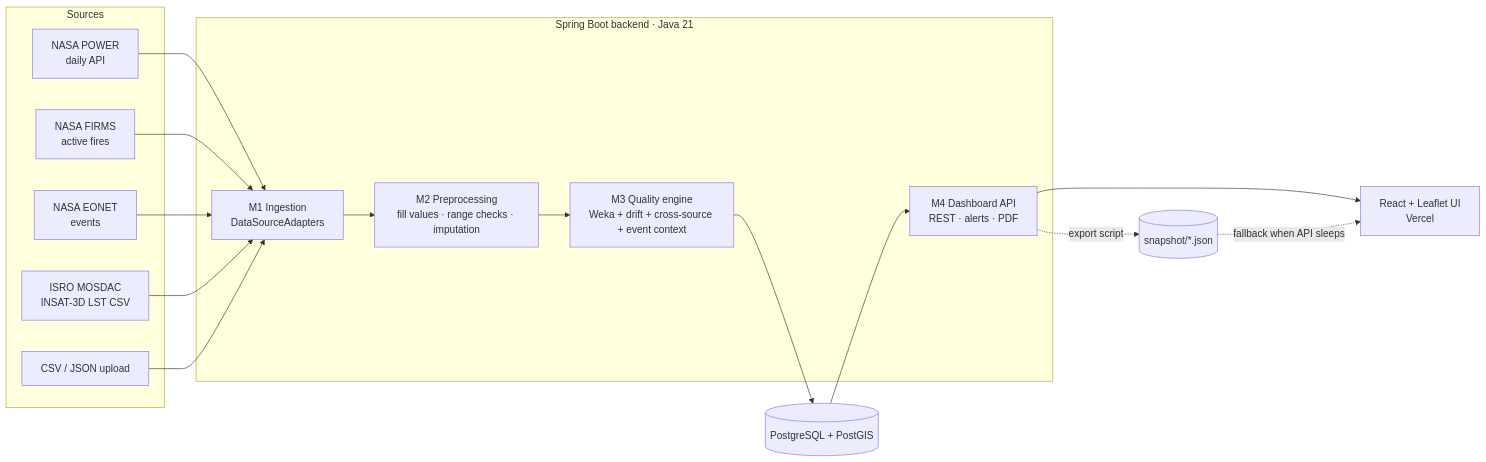
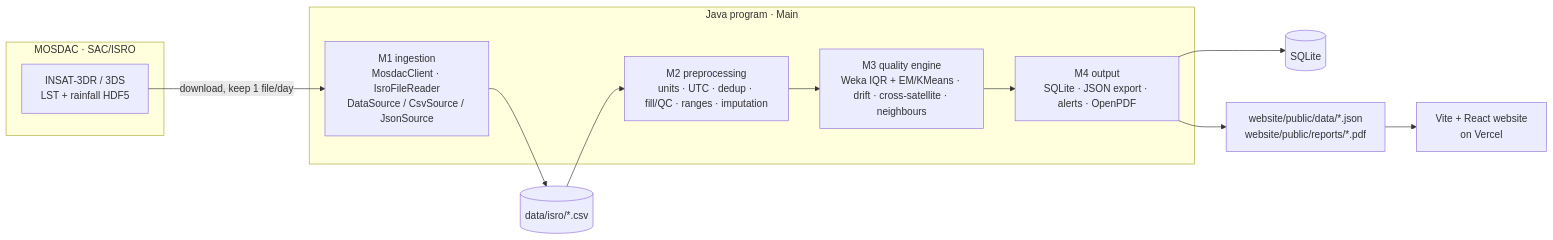
Before and after one commit to Rajiv-6969/trustorbit: the diagram in docs/architecture.md, drawn with Mermaid. The commit also changed other lines of this file and 147 other files, not shown here.

First line of the commit message:
refactor!: switch to v2 plan – plain Java (Maven wrapper) + static website, ISRO-only data

````diff
--- a/docs/architecture.md
+++ b/docs/architecture.md
@@ -3,23 +6,20 @@
 ```mermaid
 flowchart LR
-  subgraph Sources
-    P[NASA POWER<br/>daily API]
-    F[NASA FIRMS<br/>active fires]
-    E[NASA EONET<br/>events]
-    I[ISRO MOSDAC<br/>INSAT-3D LST CSV]
-    U[CSV / JSON upload]
+  subgraph MOSDAC [MOSDAC · SAC/ISRO]
+    A[INSAT-3DR / 3DS<br/>LST + rainfall HDF5]
   end
-  subgraph Backend [Spring Boot backend · Java 21]
-    M1[M1 Ingestion<br/>DataSourceAdapters]
-    M2[M2 Preprocessing<br/>fill values · range checks · imputation]
-    M3[M3 Quality engine<br/>Weka + drift + cross-source + event context]
-    M4[M4 Dashboard API<br/>REST · alerts · PDF]
+  subgraph Java [Java program · Main]
+    M1[M1 ingestion<br/>MosdacClient · IsroFileReader<br/>DataSource / CsvSource / JsonSource]
+    M2[M2 preprocessing<br/>units · UTC · dedup · fill/QC · ranges · imputation]
+    M3[M3 quality engine<br/>Weka IQR + EM/KMeans · drift · cross-satellite · neighbours]
+    M4[M4 output<br/>SQLite · JSON export · alerts · OpenPDF]
   end
-  DB[(PostgreSQL + PostGIS)]
-  UI[React + Leaflet UI<br/>Vercel]
-  S[(snapshot/*.json)]
+  CSV[(data/isro/*.csv)]
+  DB[(SQLite)]
+  WEB[website/public/data/*.json<br/>website/public/reports/*.pdf]
+  SITE[Vite + React website<br/>on Vercel]
 
-  P & F & E & I & U --> M1 --> M2 --> M3 --> DB
-  DB --> M4 --> UI
-  M4 -. export script .-> S -. fallback when API sleeps .-> UI
+  A -- download, keep 1 file/day --> M1 --> CSV --> M2 --> M3 --> M4
+  M4 --> DB
+  M4 --> WEB --> SITE
 ```
````
